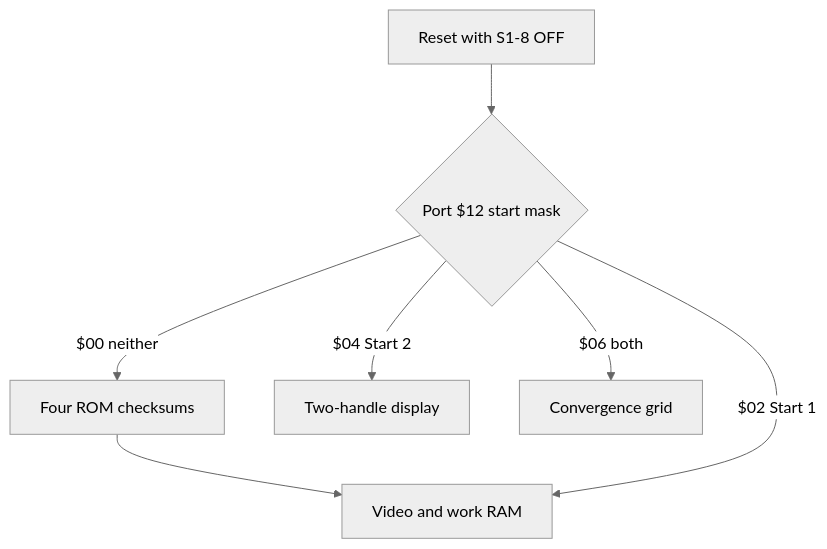
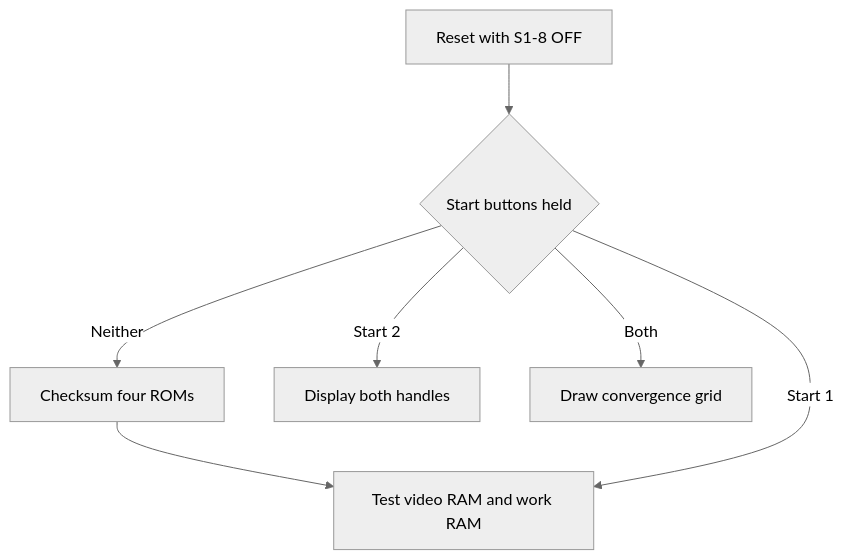
The fourth of 4 diagrams in README.md (lizard43/SeaWolf2), drawn with Mermaid (neutral theme) before and after one commit. The commit also changed other lines of this file, not shown here.

Commit message:
fix broke mermaid

````diff
--- a/README.md
+++ b/README.md
@@ -1532,9 +1532,9 @@
 ```mermaid
 flowchart TD
-    reset["Reset with S1-8 OFF"] --> select{"Port $12 start mask"}
-    select -->|"$00 neither"| rom["Four ROM checksums"]
-    rom --> memory["Video and work RAM"]
-    select -->|"$02 Start 1"| memory
-    select -->|"$04 Start 2"| handles["Two-handle display"]
-    select -->|"$06 both"| grid["Convergence grid"]
+    reset[Reset with S1-8 OFF] --> mode{Start buttons held}
+    mode -->|Neither| rom[Checksum four ROMs]
+    rom --> memory[Test video RAM and work RAM]
+    mode -->|Start 1| memory
+    mode -->|Start 2| handles[Display both handles]
+    mode -->|Both| convergence[Draw convergence grid]
 ```
````
